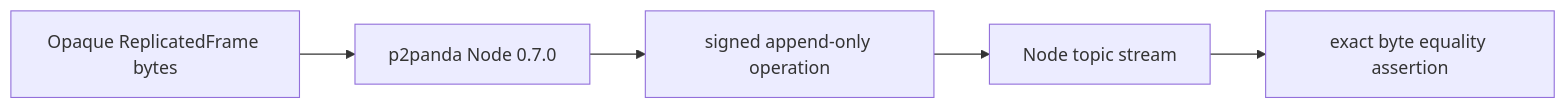
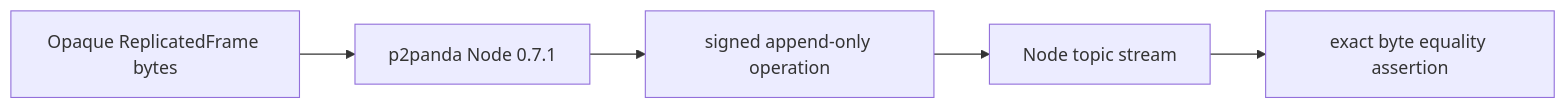
One commit to 0cwa/creative-cooking changed the first of 3 diagrams in docs/spikes/local-first-p2panda.md. Above: the diagram before and after it, drawn with Mermaid. The commit also changed other lines of this file and 4 other files, not shown here.

````diff
--- a/docs/spikes/local-first-p2panda.md
+++ b/docs/spikes/local-first-p2panda.md
@@ -84,7 +84,7 @@
 ```mermaid
 flowchart LR
-    A["Opaque ReplicatedFrame bytes"] --> N["p2panda Node 0.7.0"]
+    A["Opaque ReplicatedFrame bytes"] --> N["p2panda Node 0.7.1"]
     N --> L["signed append-only operation"]
     L --> RX["Node topic stream"]
     RX --> CHECK["exact byte equality assertion"]
 ```
````
